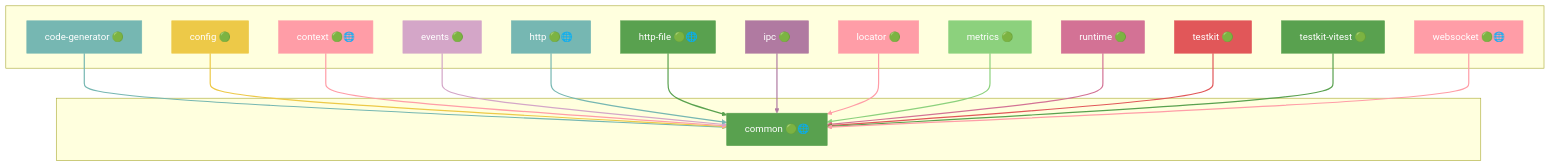
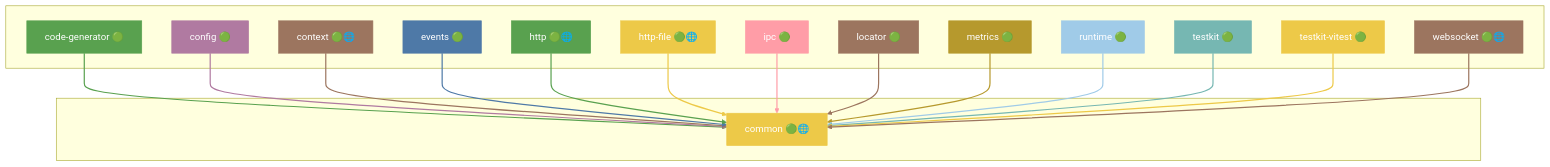
The seventh of 46 diagrams in docs/DEPENDENCIES.md (grest-ts/grest-ts), drawn with Mermaid before and after one commit. The commit also changed other lines of this file and 59 other files, not shown here.

````diff
--- a/docs/DEPENDENCIES.md
+++ b/docs/DEPENDENCIES.md
@@ -517,61 +539,61 @@
 ```mermaid
 flowchart TB
     subgraph Dependents[" "]
         code-generator["code-generator 🟢"]
         config["config 🟢"]
         context["context 🟢🌐"]
         events["events 🟢"]
         http["http 🟢🌐"]
         http-file["http-file 🟢🌐"]
         ipc["ipc 🟢"]
         locator["locator 🟢"]
         metrics["metrics 🟢"]
         runtime["runtime 🟢"]
         testkit["testkit 🟢"]
         testkit-vitest["testkit-vitest 🟢"]
         websocket["websocket 🟢🌐"]
     end
     subgraph Package[" "]
         common["common 🟢🌐"]
     end
     code-generator --> common
     config --> common
     context --> common
     events --> common
     http --> common
     http-file --> common
     ipc --> common
     locator --> common
     metrics --> common
     runtime --> common
     testkit --> common
     testkit-vitest --> common
     websocket --> common
-    style common fill:#59A14F,stroke:#59A14F,color:#fff
-    style code-generator fill:#76B7B2,stroke:#76B7B2,color:#fff
-    style config fill:#EDC948,stroke:#EDC948,color:#fff
-    style context fill:#FF9DA7,stroke:#FF9DA7,color:#fff
-    style events fill:#D4A6C8,stroke:#D4A6C8,color:#fff
-    style http fill:#76B7B2,stroke:#76B7B2,color:#fff
-    style http-file fill:#59A14F,stroke:#59A14F,color:#fff
-    style ipc fill:#B07AA1,stroke:#B07AA1,color:#fff
-    style locator fill:#FF9DA7,stroke:#FF9DA7,color:#fff
-    style metrics fill:#8CD17D,stroke:#8CD17D,color:#fff
-    style runtime fill:#D37295,stroke:#D37295,color:#fff
-    style testkit fill:#E15759,stroke:#E15759,color:#fff
-    style testkit-vitest fill:#59A14F,stroke:#59A14F,color:#fff
-    style websocket fill:#FF9DA7,stroke:#FF9DA7,color:#fff
-    linkStyle 0 stroke:#76B7B2,stroke-width:2px
-    linkStyle 1 stroke:#EDC948,stroke-width:2px
-    linkStyle 2 stroke:#FF9DA7,stroke-width:2px
-    linkStyle 3 stroke:#D4A6C8,stroke-width:2px
-    linkStyle 4 stroke:#76B7B2,stroke-width:2px
-    linkStyle 5 stroke:#59A14F,stroke-width:2px
-    linkStyle 6 stroke:#B07AA1,stroke-width:2px
-    linkStyle 7 stroke:#FF9DA7,stroke-width:2px
-    linkStyle 8 stroke:#8CD17D,stroke-width:2px
-    linkStyle 9 stroke:#D37295,stroke-width:2px
-    linkStyle 10 stroke:#E15759,stroke-width:2px
-    linkStyle 11 stroke:#59A14F,stroke-width:2px
-    linkStyle 12 stroke:#FF9DA7,stroke-width:2px
+    style common fill:#EDC948,stroke:#EDC948,color:#fff
+    style code-generator fill:#59A14F,stroke:#59A14F,color:#fff
+    style config fill:#B07AA1,stroke:#B07AA1,color:#fff
+    style context fill:#9C755F,stroke:#9C755F,color:#fff
+    style events fill:#4E79A7,stroke:#4E79A7,color:#fff
+    style http fill:#59A14F,stroke:#59A14F,color:#fff
+    style http-file fill:#EDC948,stroke:#EDC948,color:#fff
+    style ipc fill:#FF9DA7,stroke:#FF9DA7,color:#fff
+    style locator fill:#9C755F,stroke:#9C755F,color:#fff
+    style metrics fill:#B6992D,stroke:#B6992D,color:#fff
+    style runtime fill:#A0CBE8,stroke:#A0CBE8,color:#fff
+    style testkit fill:#76B7B2,stroke:#76B7B2,color:#fff
+    style testkit-vitest fill:#EDC948,stroke:#EDC948,color:#fff
+    style websocket fill:#9C755F,stroke:#9C755F,color:#fff
+    linkStyle 0 stroke:#59A14F,stroke-width:2px
+    linkStyle 1 stroke:#B07AA1,stroke-width:2px
+    linkStyle 2 stroke:#9C755F,stroke-width:2px
+    linkStyle 3 stroke:#4E79A7,stroke-width:2px
+    linkStyle 4 stroke:#59A14F,stroke-width:2px
+    linkStyle 5 stroke:#EDC948,stroke-width:2px
+    linkStyle 6 stroke:#FF9DA7,stroke-width:2px
+    linkStyle 7 stroke:#9C755F,stroke-width:2px
+    linkStyle 8 stroke:#B6992D,stroke-width:2px
+    linkStyle 9 stroke:#A0CBE8,stroke-width:2px
+    linkStyle 10 stroke:#76B7B2,stroke-width:2px
+    linkStyle 11 stroke:#EDC948,stroke-width:2px
+    linkStyle 12 stroke:#9C755F,stroke-width:2px
 ```
````
